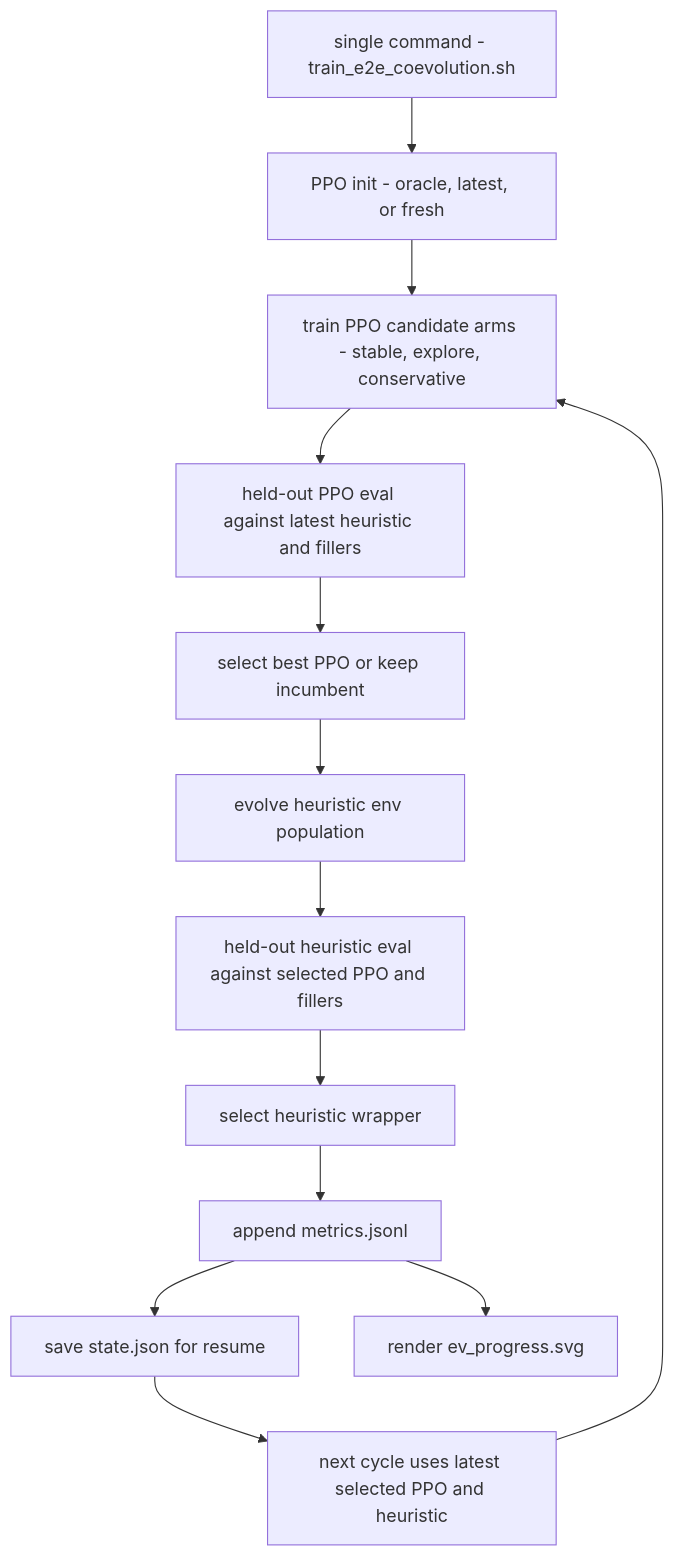
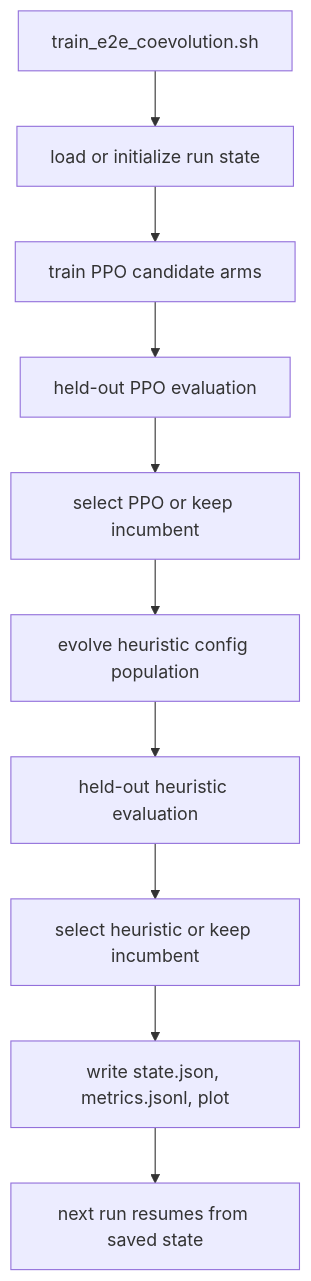
One commit to kosunghun317/fullhouse-engine changed the diagram in docs/e2e-coevolution-training.md. Above: the diagram before and after it, drawn with Mermaid. The commit also changed other lines of this file and 18 other files, not shown here.

````diff
--- a/docs/e2e-coevolution-training.md
+++ b/docs/e2e-coevolution-training.md
@@ -116,15 +23,12 @@
 ```mermaid
 graph TD
-    Start["single command - train_e2e_coevolution.sh"] --> Bootstrap["PPO init - oracle, latest, or fresh"]
-    Bootstrap --> PPOArms["train PPO candidate arms - stable, explore, conservative"]
-    PPOArms --> PPOEval["held-out PPO eval against latest heuristic and fillers"]
-    PPOEval --> PPOSelect["select best PPO or keep incumbent"]
-    PPOSelect --> HeurPop["evolve heuristic env population"]
-    HeurPop --> HeurEval["held-out heuristic eval against selected PPO and fillers"]
-    HeurEval --> HeurSelect["select heuristic wrapper"]
-    HeurSelect --> Metrics["append metrics.jsonl"]
-    Metrics --> State["save state.json for resume"]
-    Metrics --> Plot["render ev_progress.svg"]
-    State --> NextCycle["next cycle uses latest selected PPO and heuristic"]
-    NextCycle --> PPOArms
+    Start["train_e2e_coevolution.sh"] --> Load["load or initialize run state"]
+    Load --> PPO["train PPO candidate arms"]
+    PPO --> PPOEval["held-out PPO evaluation"]
+    PPOEval --> PPOSelect["select PPO or keep incumbent"]
+    PPOSelect --> Heur["evolve heuristic config population"]
+    Heur --> HeurEval["held-out heuristic evaluation"]
+    HeurEval --> HeurSelect["select heuristic or keep incumbent"]
+    HeurSelect --> Save["write state.json, metrics.jsonl, plot"]
+    Save --> Next["next run resumes from saved state"]
 ```
````
